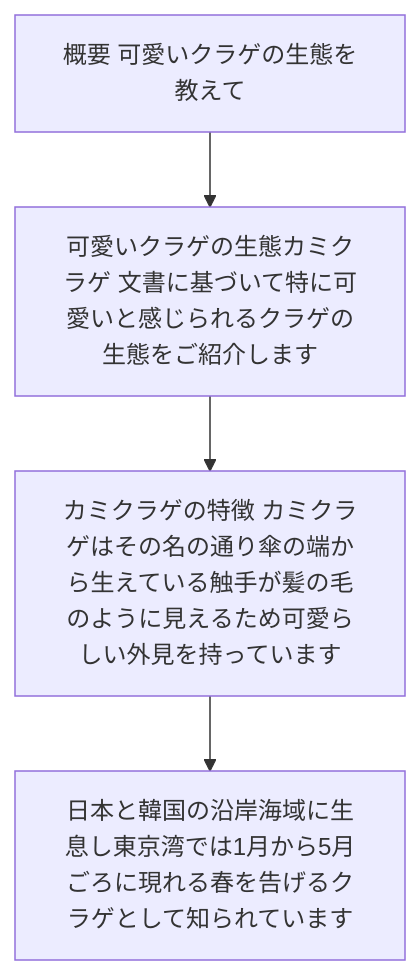
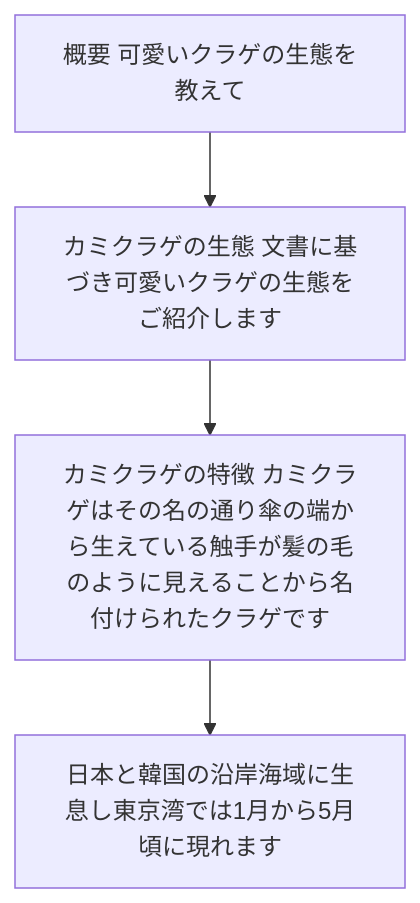
The first of 2 diagrams in frontend/.slidev/slides.md (zhu-xujuan/AIAgentZhu), drawn with Mermaid before and after one commit. The commit also changed other lines of this file and 5 other files, not shown here.

Commit message:
Preview＋簡単なテーブルと図

````diff
--- a/frontend/.slidev/slides.md
+++ b/frontend/.slidev/slides.md
@@ -28,7 +30,7 @@
 ```mermaid
 flowchart TD
   A[概要 可愛いクラゲの生態を教えて]
-  A --> B[可愛いクラゲの生態カミクラゲ 文書に基づいて特に可愛いと感じられるクラゲの生態をご紹介します]
-  B --> C[カミクラゲの特徴 カミクラゲはその名の通り傘の端から生えている触手が髪の毛のように見えるため可愛らしい外見を持っています]
-  C --> D[日本と韓国の沿岸海域に生息し東京湾では1月から5月ごろに現れる春を告げるクラゲとして知られています]
+  A --> B[カミクラゲの生態 文書に基づき可愛いクラゲの生態をご紹介します]
+  B --> C[カミクラゲの特徴 カミクラゲはその名の通り傘の端から生えている触手が髪の毛のように見えることから名付けられたクラゲです]
+  C --> D[日本と韓国の沿岸海域に生息し東京湾では1月から5月頃に現れます]
 ```
````
